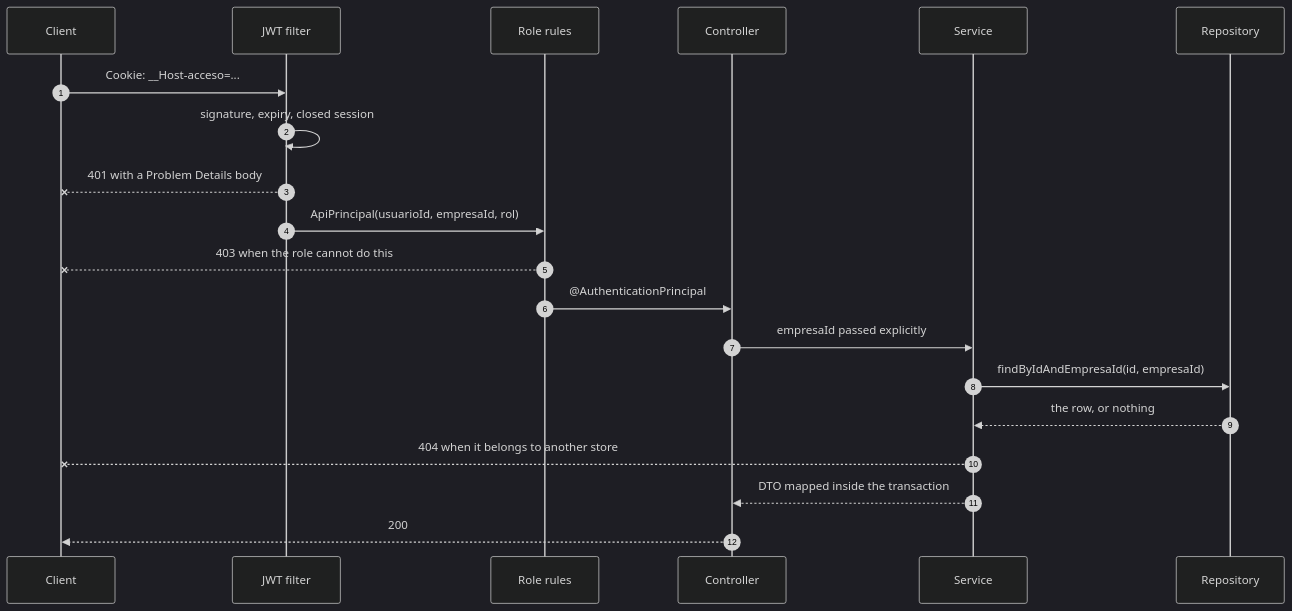
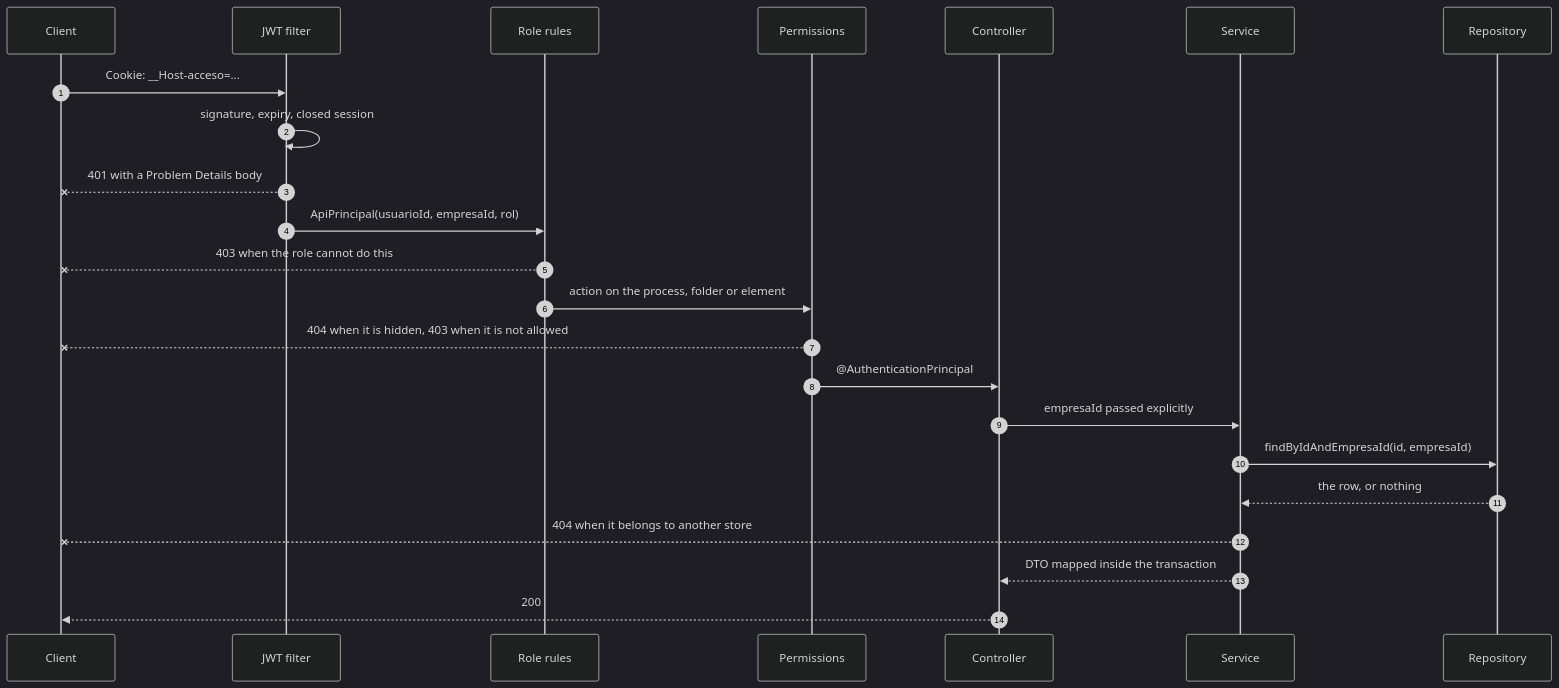
One commit to AndresContreras1/bpmn-process-manager-api changed the second of 2 diagrams in docs/architecture.md. Above: the diagram before and after it, drawn with Mermaid (dark theme). The commit also changed other lines of this file and 6 other files, not shown here.

````diff
--- a/docs/architecture.md
+++ b/docs/architecture.md
@@ -95,23 +98,26 @@
 ```mermaid
 sequenceDiagram
     autonumber
     participant C as Client
     participant F as JWT filter
     participant A as Role rules
+    participant P as Permissions
     participant K as Controller
     participant S as Service
     participant R as Repository
 
     C->>F: Cookie: __Host-acceso=...
     F->>F: signature, expiry, closed session
     F--xC: 401 with a Problem Details body
     F->>A: ApiPrincipal(usuarioId, empresaId, rol)
     A--xC: 403 when the role cannot do this
-    A->>K: @AuthenticationPrincipal
+    A->>P: action on the process, folder or element
+    P--xC: 404 when it is hidden, 403 when it is not allowed
+    P->>K: @AuthenticationPrincipal
     K->>S: empresaId passed explicitly
     S->>R: findByIdAndEmpresaId(id, empresaId)
     R-->>S: the row, or nothing
     S--xC: 404 when it belongs to another store
     S-->>K: DTO mapped inside the transaction
     K-->>C: 200
 ```
````
